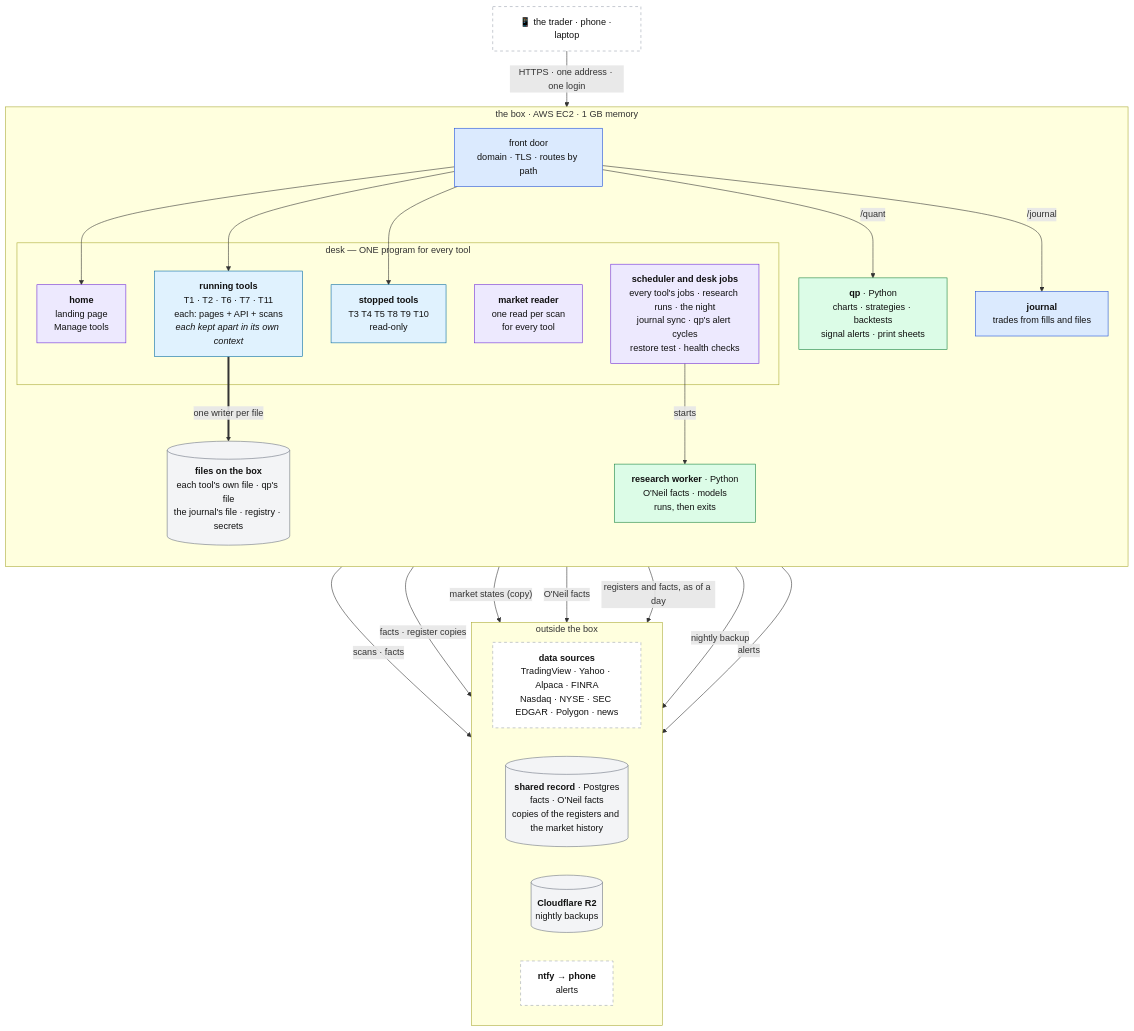
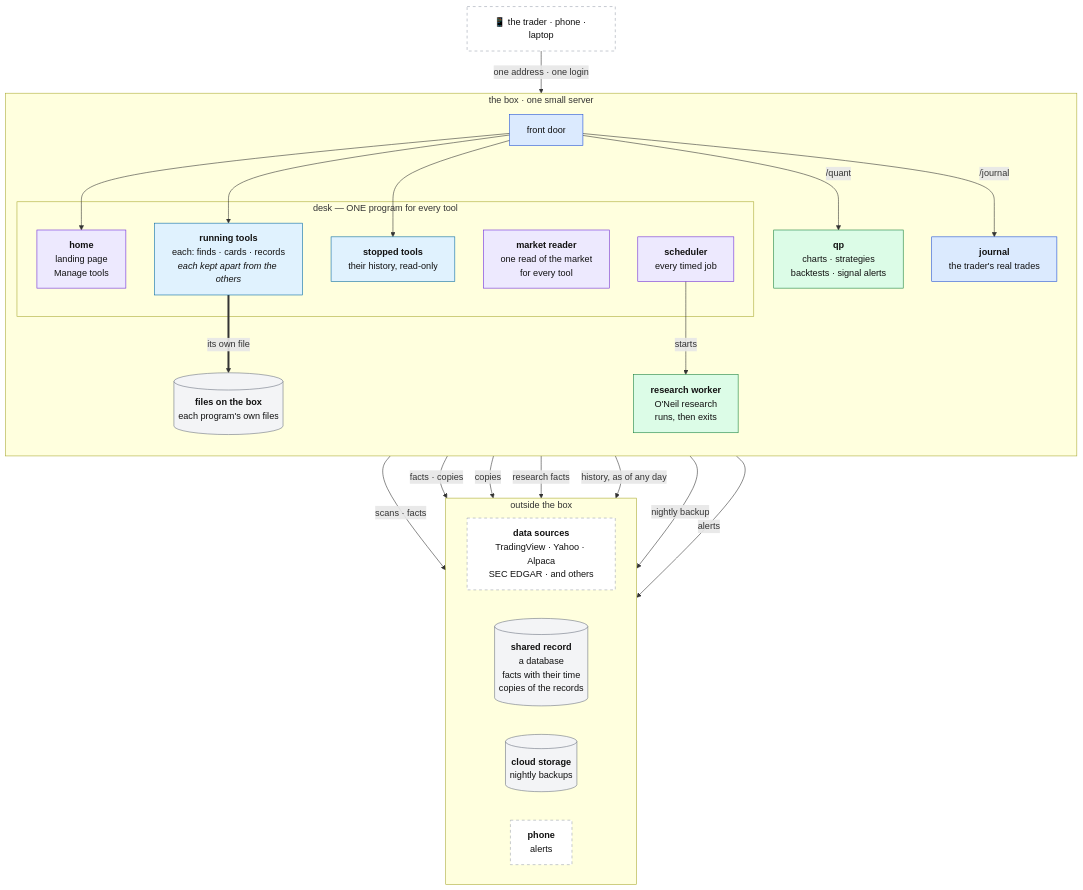
Before and after one commit to Mohamed-albadri-1995/Trade-Disk: the first of 2 diagrams in ARCHITECTURE.md, drawn with Mermaid. The commit also changed other lines of this file and 14 other files, not shown here.

````diff
--- a/ARCHITECTURE.md
+++ b/ARCHITECTURE.md
@@ -126,54 +104,54 @@
 ```mermaid
 flowchart TB
-  P["📱 the trader · phone · laptop"] -->|"HTTPS · one address · one login"| FD["front door<br/>domain · TLS · routes by path"]
-  subgraph BOX["the box · AWS EC2 · 1 GB memory"]
+  P["📱 the trader · phone · laptop"] -->|"one address · one login"| FD["front door"]
+  subgraph BOX["the box · one small server"]
     direction TB
     FD
     subgraph DESK["desk — ONE program for every tool"]
       HOME["<b>home</b><br/>landing page<br/>Manage tools"]
-      TOOLS["<b>running tools</b><br/>T1 · T2 · T6 · T7 · T11<br/>each: pages + API + scans<br/><i>each kept apart in its own context</i>"]
-      STOP["<b>stopped tools</b><br/>T3 T4 T5 T8 T9 T10<br/>read-only"]
-      MKT["<b>market reader</b><br/>one read per scan<br/>for every tool"]
-      JOBS["<b>scheduler and desk jobs</b><br/>every tool's jobs · research runs · the night<br/>journal sync · qp's alert cycles<br/>restore test · health checks"]
+      TOOLS["<b>running tools</b><br/>each: finds · cards · records<br/><i>each kept apart from the others</i>"]
+      STOP["<b>stopped tools</b><br/>their history, read-only"]
+      MKT["<b>market reader</b><br/>one read of the market<br/>for every tool"]
+      JOBS["<b>scheduler</b><br/>every timed job"]
     end
-    FILES[("<b>files on the box</b><br/>each tool's own file · qp's file<br/>the journal's file · registry · secrets")]
-    QP["<b>qp</b> · Python<br/>charts · strategies · backtests<br/>signal alerts · print sheets"]
-    RW["<b>research worker</b> · Python<br/>O'Neil facts · models<br/>runs, then exits"]
-    JR["<b>journal</b><br/>trades from fills and files"]
+    FILES[("<b>files on the box</b><br/>each program's own files")]
+    QP["<b>qp</b><br/>charts · strategies<br/>backtests · signal alerts"]
+    RW["<b>research worker</b><br/>O'Neil research<br/>runs, then exits"]
+    JR["<b>journal</b><br/>the trader's real trades"]
   end
   subgraph OUT["outside the box"]
     direction LR
-    SRC["<b>data sources</b><br/>TradingView · Yahoo · Alpaca · FINRA<br/>Nasdaq · NYSE · SEC EDGAR · Polygon · news"]
-    PG[("<b>shared record</b> · Postgres<br/>facts · O'Neil facts<br/>copies of the registers and the market history")]
-    R2[("<b>Cloudflare R2</b><br/>nightly backups")]
-    PH["<b>ntfy → phone</b><br/>alerts"]
+    SRC["<b>data sources</b><br/>TradingView · Yahoo · Alpaca<br/>SEC EDGAR · and others"]
+    PG[("<b>shared record</b><br/>a database<br/>facts with their time<br/>copies of the records")]
+    BK[("<b>cloud storage</b><br/>nightly backups")]
+    PH["<b>phone</b><br/>alerts"]
   end
   FD --> HOME
   FD --> TOOLS
   FD --> STOP
   FD -->|"/quant"| QP
   FD -->|"/journal"| JR
   FD ~~~ MKT
   FD ~~~ JOBS
-  TOOLS ==>|"one writer per file"| FILES
+  TOOLS ==>|"its own file"| FILES
   TOOLS -->|"scans · facts"| SRC
-  TOOLS -->|"facts · register copies"| PG
-  MKT -->|"market states (copy)"| PG
+  TOOLS -->|"facts · copies"| PG
+  MKT -->|"copies"| PG
   JOBS -->|"starts"| RW
-  RW -->|"O'Neil facts"| PG
-  QP -->|"registers and facts, as of a day"| PG
-  JOBS -->|"nightly backup"| R2
+  RW -->|"research facts"| PG
+  QP -->|"history, as of any day"| PG
+  JOBS -->|"nightly backup"| BK
   JOBS -->|"alerts"| PH
   classDef prog fill:#dbeafe,stroke:#1d4ed8,color:#111;
   classDef py fill:#dcfce7,stroke:#15803d,color:#111;
   classDef store fill:#f3f4f6,stroke:#6b7280,color:#111;
   classDef ext fill:#ffffff,stroke:#9ca3af,stroke-dasharray: 5 5,color:#111;
   classDef tool fill:#e0f2fe,stroke:#0369a1,color:#111;
   classDef deskown fill:#ede9fe,stroke:#6d28d9,color:#111;
   class TOOLS,STOP tool;
   class HOME,MKT,JOBS deskown;
   class FD,JR prog;
   class QP,RW py;
-  class FILES,PG,R2 store;
+  class FILES,PG,BK store;
   class SRC,PH,P ext;
 ```
````
